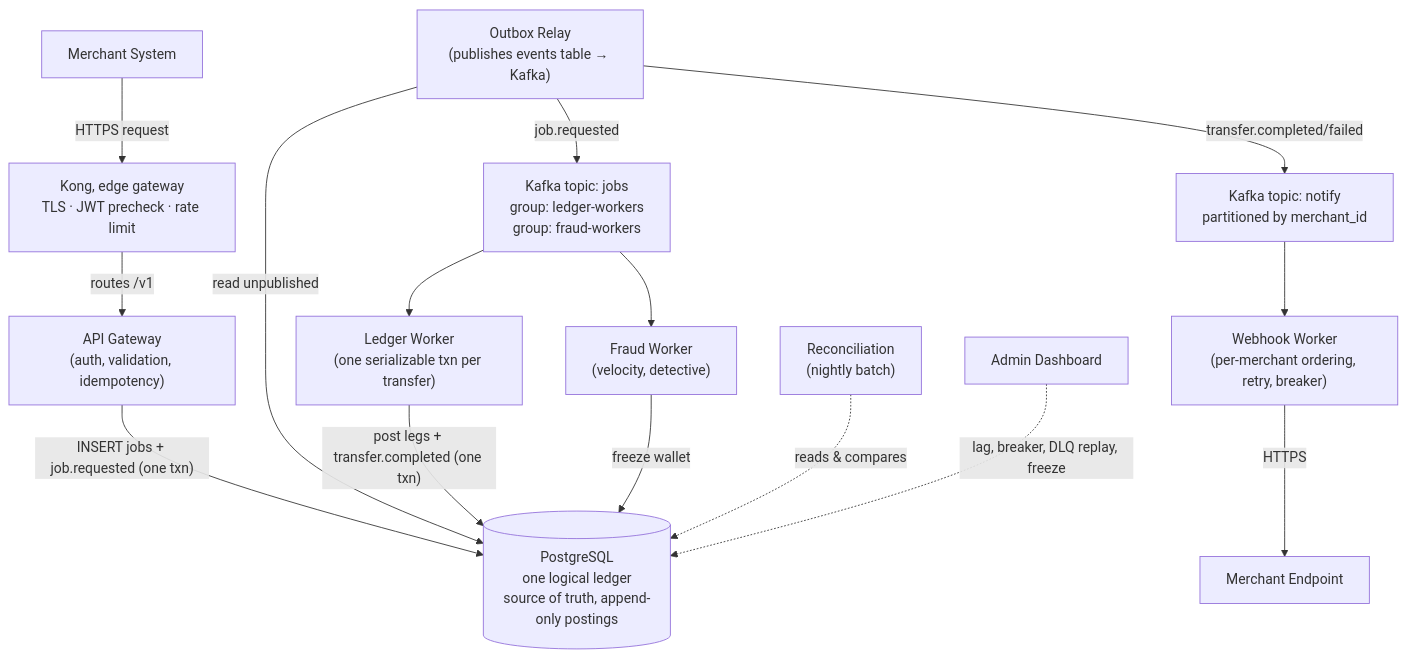
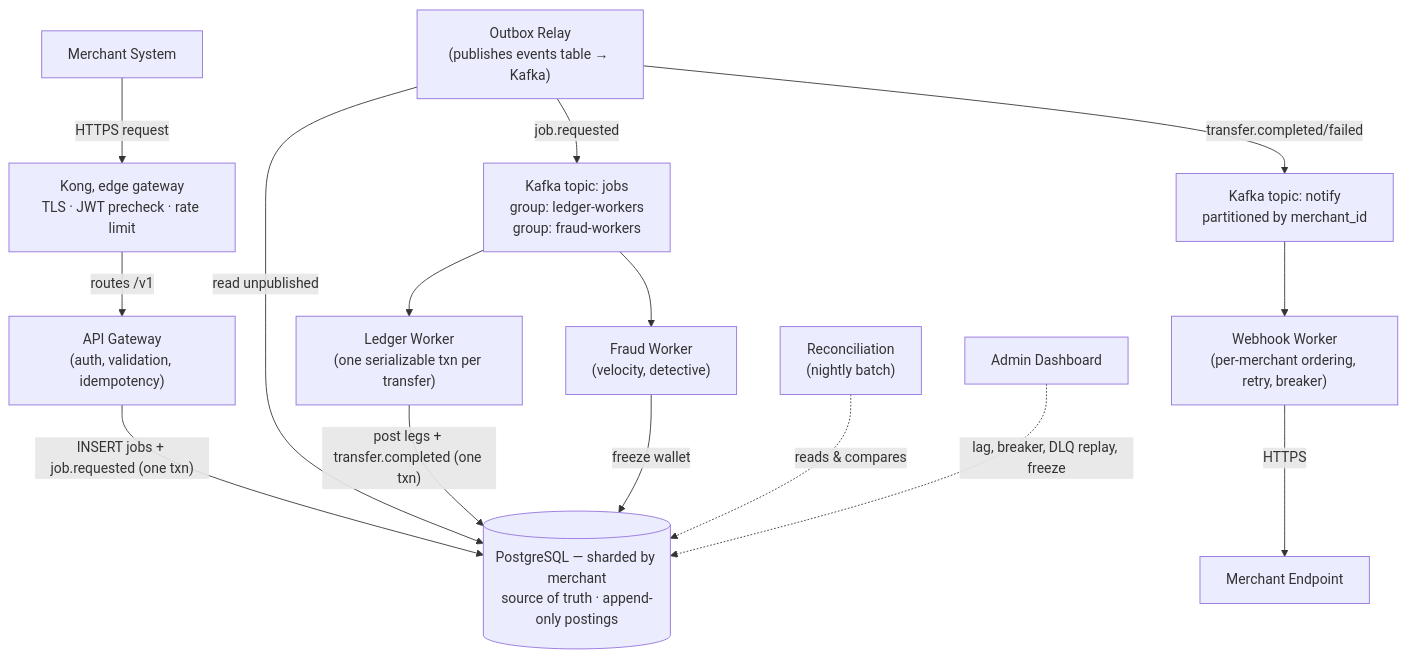
One commit to Joel-Ajayi/river-rust-queue changed the first of 2 diagrams in docs/00-OVERVIEW.md. Above: the diagram before and after it, drawn with Mermaid. The commit also changed other lines of this file and 13 other files, not shown here.

````diff
--- a/docs/00-OVERVIEW.md
+++ b/docs/00-OVERVIEW.md
@@ -103,18 +72,18 @@
 ```mermaid
 graph TD
   merchant["Merchant System"] -->|HTTPS request| kong["Kong, edge gateway<br/>TLS · JWT precheck · rate limit"]
   kong -->|routes /v1| gateway["API Gateway<br/>(auth, validation, idempotency)"]
-  gateway -->|"INSERT jobs + job.requested (one txn)"| db[("PostgreSQL<br/>one logical ledger<br/>source of truth, append-only postings")]
+  gateway -->|"INSERT jobs + job.requested (one txn)"| db[("PostgreSQL — sharded by merchant<br/>source of truth · append-only postings")]
   relay["Outbox Relay<br/>(publishes events table → Kafka)"] -->|read unpublished| db
   relay -->|job.requested| jobsTopic["Kafka topic: jobs<br/>group: ledger-workers<br/>group: fraud-workers"]
   relay -->|transfer.completed/failed| notifyTopic["Kafka topic: notify<br/>partitioned by merchant_id"]
   jobsTopic --> ledgerWorker["Ledger Worker<br/>(one serializable txn per transfer)"]
   jobsTopic --> fraudWorker["Fraud Worker<br/>(velocity, detective)"]
   ledgerWorker -->|"post legs + transfer.completed (one txn)"| db
   fraudWorker -->|freeze wallet| db
   notifyTopic --> webhookWorker["Webhook Worker<br/>(per-merchant ordering, retry, breaker)"]
   webhookWorker -->|HTTPS| merchantEndpoint["Merchant Endpoint"]
 
   reconciliation["Reconciliation<br/>(nightly batch)"] -.->|reads & compares| db
   adminDashboard["Admin Dashboard"] -.->|lag, breaker, DLQ replay, freeze| db
 ```
````
